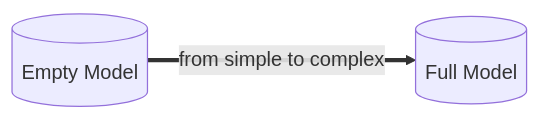
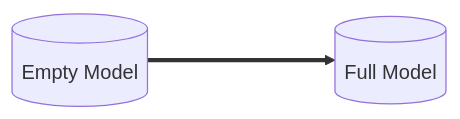
One commit to JihongZ/quarto-academic-jihong changed the first of 2 diagrams in posts/2024-01-12-syllabus-adv-multivariate-esrm-6553/Lecture03/Lecture03.qmd. Above: the diagram before and after it, drawn with Mermaid. The commit also changed other lines of this file and 383 other files, not shown here.

````diff
--- a/posts/2024-01-12-syllabus-adv-multivariate-esrm-6553/Lecture03/Lecture03.qmd
+++ b/posts/2024-01-12-syllabus-adv-multivariate-esrm-6553/Lecture03/Lecture03.qmd
@@ -266,5 +277,5 @@
 ```{mermaid}
 %%| echo: false
 flowchart LR
-  id1[(Empty Model)] == from simple to complex ==> id2[(Full Model)]
+  id1[(Empty Model)] ====> id2[(Full Model)]
 ```
````
